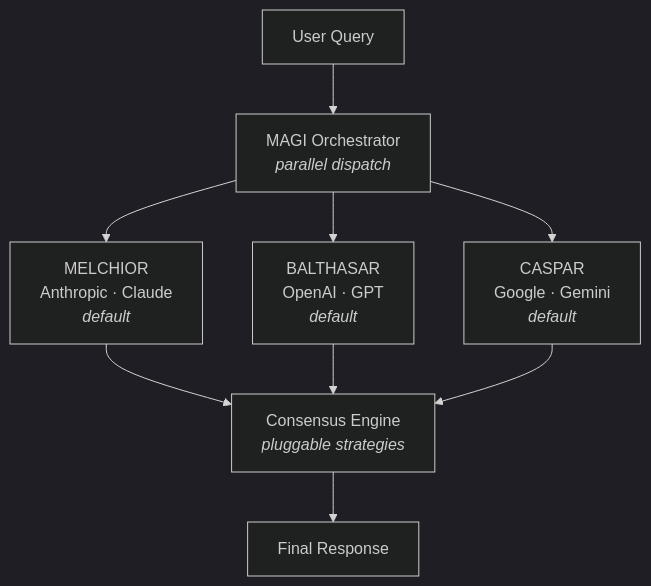
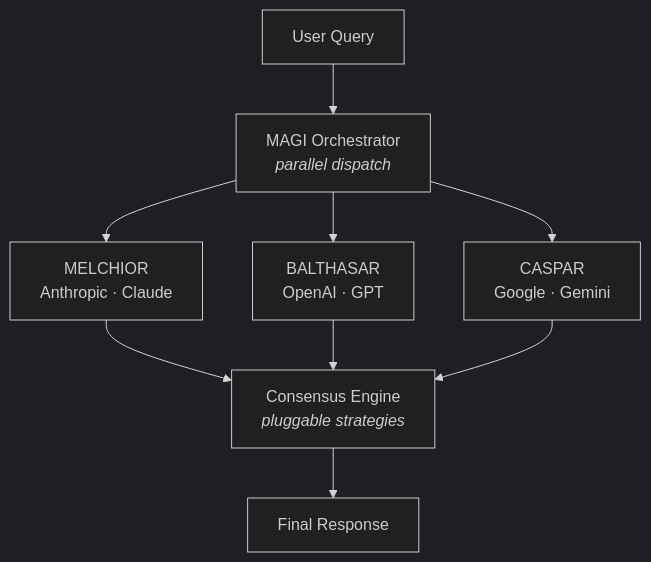
The diagram in README.md (retrobit/magi), drawn with Mermaid (dark theme) before and after one commit. The commit also changed other lines of this file, not shown here.

````diff
--- a/README.md
+++ b/README.md
@@ -33,11 +31,11 @@
 ```mermaid
 graph TD
     A[User Query] --> B[MAGI Orchestrator<br><i>parallel dispatch</i>]
-    B --> C[MELCHIOR<br>Anthropic · Claude<br><i>default</i>]
-    B --> D[BALTHASAR<br>OpenAI · GPT<br><i>default</i>]
-    B --> E[CASPAR<br>Google · Gemini<br><i>default</i>]
+    B --> C[MELCHIOR<br>Anthropic · Claude]
+    B --> D[BALTHASAR<br>OpenAI · GPT]
+    B --> E[CASPAR<br>Google · Gemini]
     C --> F[Consensus Engine<br><i>pluggable strategies</i>]
     D --> F
     E --> F
     F --> G[Final Response]
 ```
````
